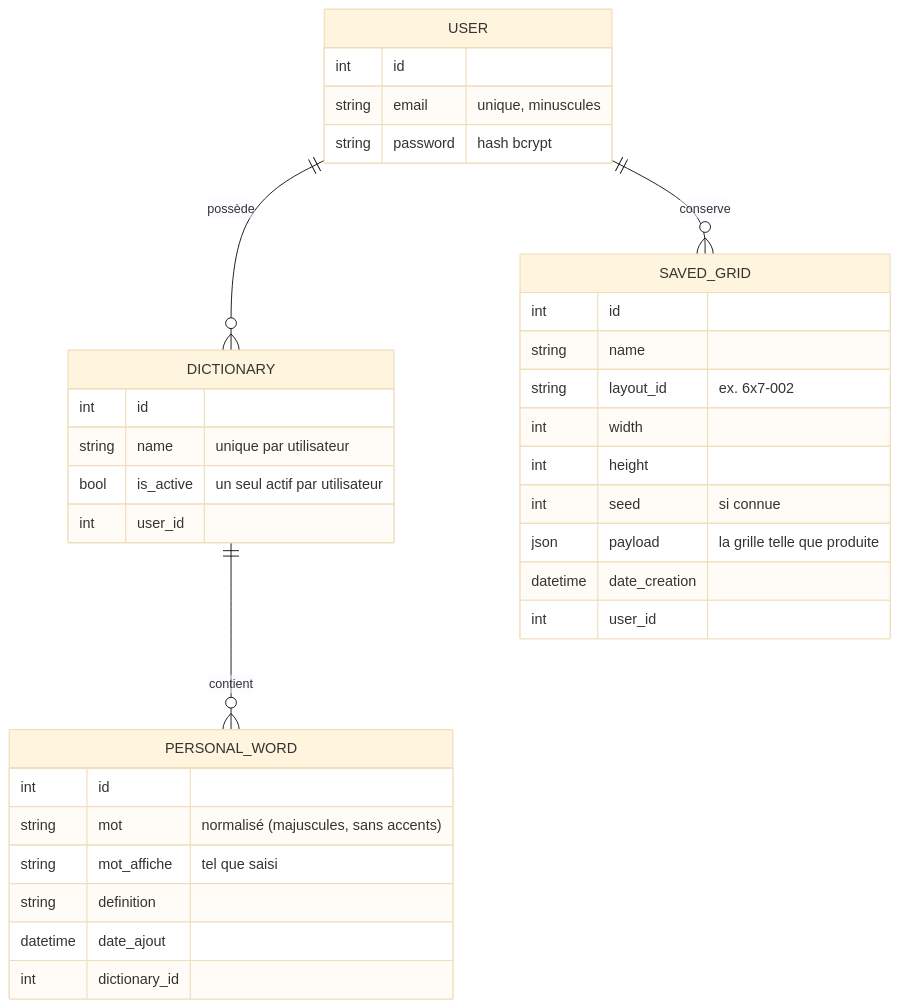
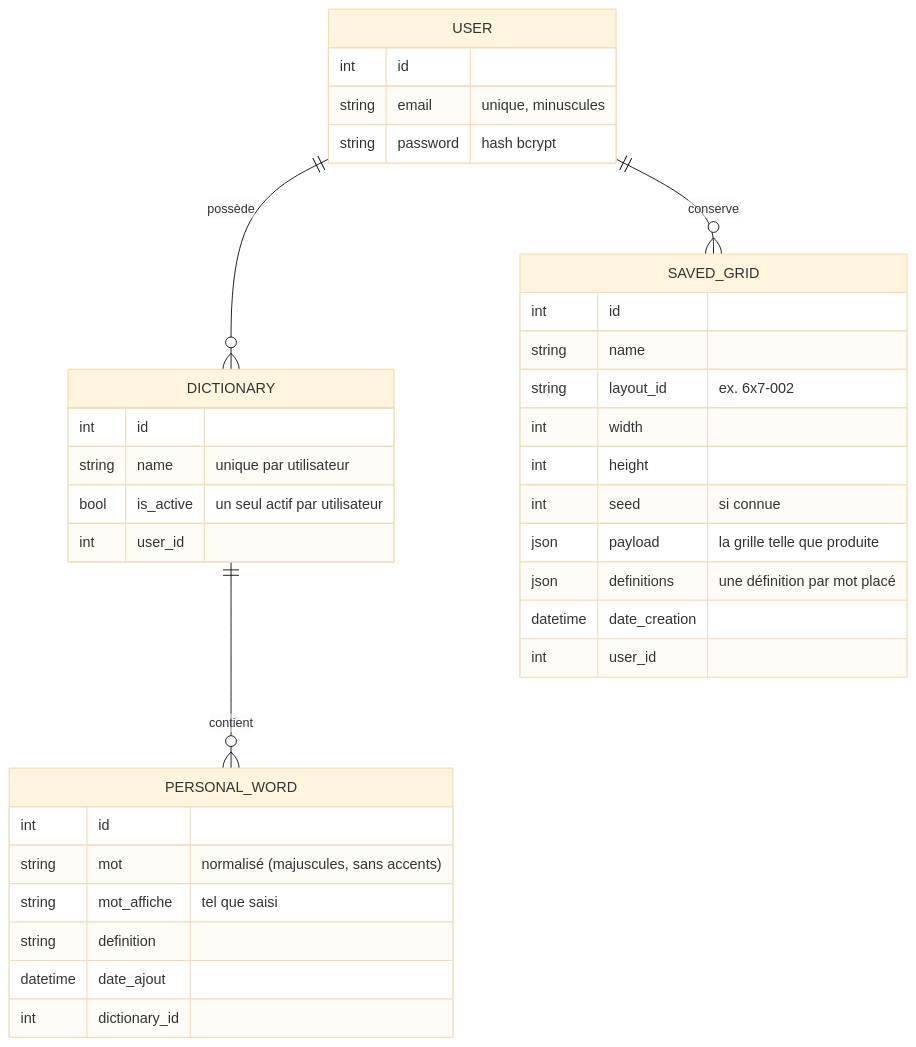
Before and after one commit to maximefd/terminator-app: the second of 3 diagrams in docs/ARCHITECTURE.md, drawn with Mermaid (base theme). The commit also changed other lines of this file and 15 other files, not shown here.

````diff
--- a/docs/ARCHITECTURE.md
+++ b/docs/ARCHITECTURE.md
@@ -74,36 +75,37 @@
 ```mermaid
 erDiagram
     USER ||--o{ DICTIONARY : possède
     USER ||--o{ SAVED_GRID : conserve
     DICTIONARY ||--o{ PERSONAL_WORD : contient
     USER {
         int id
         string email "unique, minuscules"
         string password "hash bcrypt"
     }
     DICTIONARY {
         int id
         string name "unique par utilisateur"
         bool is_active "un seul actif par utilisateur"
         int user_id
     }
     PERSONAL_WORD {
         int id
         string mot "normalisé (majuscules, sans accents)"
         string mot_affiche "tel que saisi"
         string definition
         datetime date_ajout
         int dictionary_id
     }
     SAVED_GRID {
         int id
         string name
         string layout_id "ex. 6x7-002"
         int width
         int height
         int seed "si connue"
         json payload "la grille telle que produite"
+        json definitions "une définition par mot placé"
         datetime date_creation
         int user_id
     }
 ```
````
